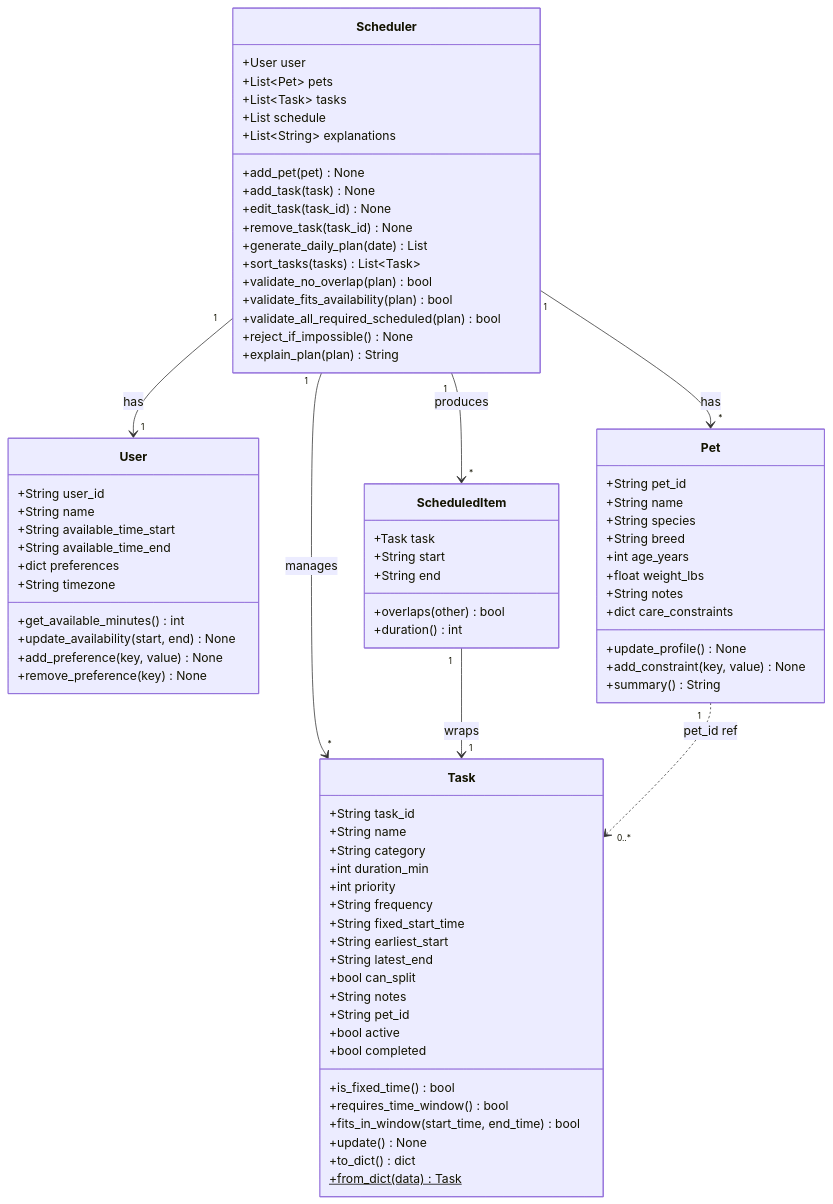
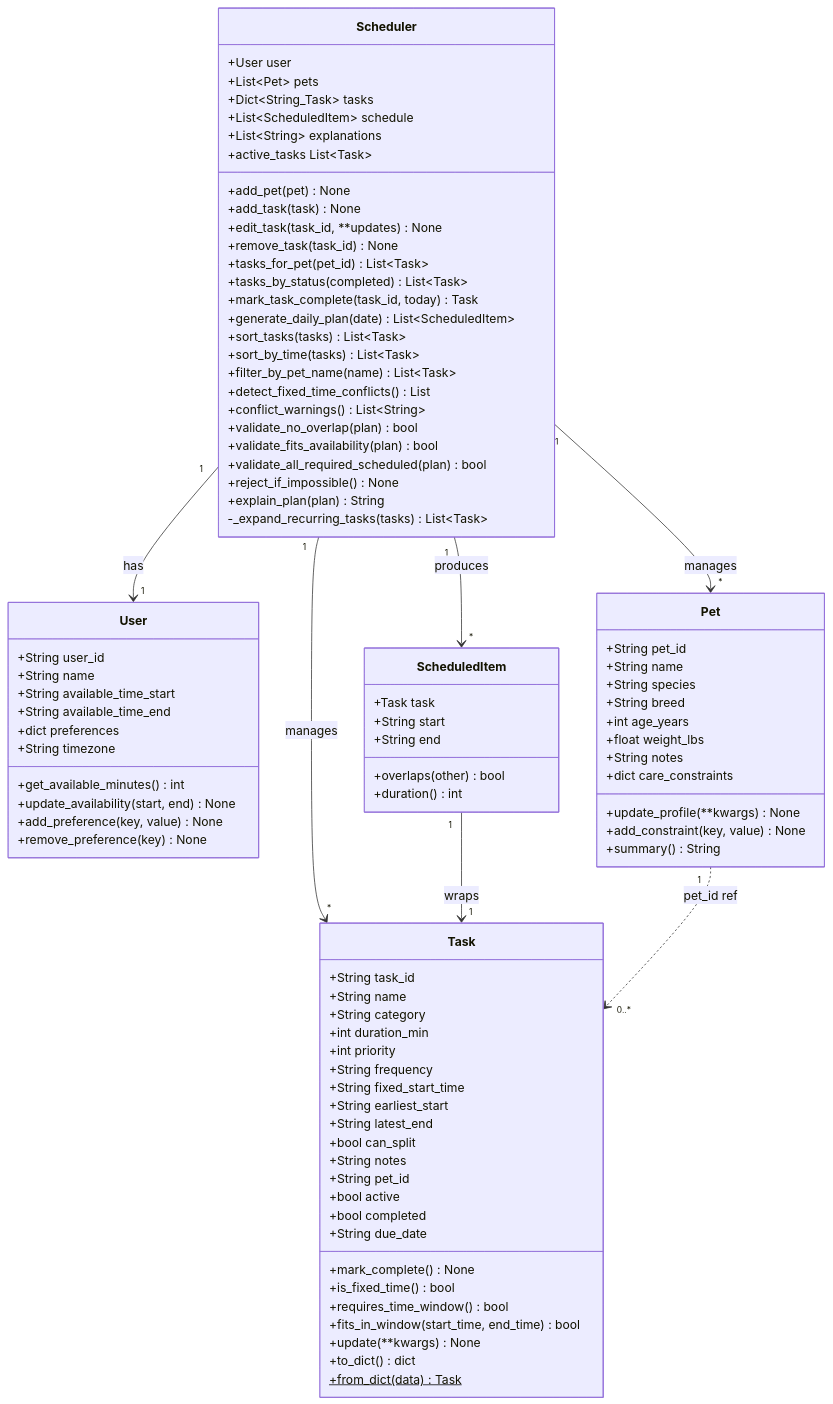
Before and after one commit to vanessah-26/ai-show-pawpal-starter: the diagram in diagrams/uml.mmd, drawn with Mermaid. The commit also changed 4 other files, not shown here.

```diff
--- a/diagrams/uml.mmd
+++ b/diagrams/uml.mmd
@@ -1,84 +1,95 @@
 classDiagram
     class User {
         +String user_id
         +String name
         +String available_time_start
         +String available_time_end
         +dict preferences
         +String timezone
         +get_available_minutes() int
         +update_availability(start, end) None
         +add_preference(key, value) None
         +remove_preference(key) None
     }
 
     class Pet {
         +String pet_id
         +String name
         +String species
         +String breed
         +int age_years
         +float weight_lbs
         +String notes
         +dict care_constraints
-        +update_profile() None
+        +update_profile(**kwargs) None
         +add_constraint(key, value) None
         +summary() String
     }
 
     class Task {
         +String task_id
         +String name
         +String category
         +int duration_min
         +int priority
         +String frequency
         +String fixed_start_time
         +String earliest_start
         +String latest_end
         +bool can_split
         +String notes
         +String pet_id
         +bool active
         +bool completed
+        +String due_date
+        +mark_complete() None
         +is_fixed_time() bool
         +requires_time_window() bool
         +fits_in_window(start_time, end_time) bool
-        +update() None
+        +update(**kwargs) None
         +to_dict() dict
         +from_dict(data)$ Task
-    }
-
-    class Scheduler {
-        +User user
-        +List~Pet~ pets
-        +List~Task~ tasks
-        +List schedule
-        +List~String~ explanations
-        +add_pet(pet) None
-        +add_task(task) None
-        +edit_task(task_id) None
-        +remove_task(task_id) None
-        +generate_daily_plan(date) List
-        +sort_tasks(tasks) List~Task~
-        +validate_no_overlap(plan) bool
-        +validate_fits_availability(plan) bool
-        +validate_all_required_scheduled(plan) bool
-        +reject_if_impossible() None
-        +explain_plan(plan) String
     }
 
     class ScheduledItem {
         +Task task
         +String start
         +String end
         +overlaps(other) bool
         +duration() int
     }
 
+    class Scheduler {
+        +User user
+        +List~Pet~ pets
+        +Dict~String_Task~ tasks
+        +List~ScheduledItem~ schedule
+        +List~String~ explanations
+        +active_tasks List~Task~
+        +add_pet(pet) None
+        +add_task(task) None
+        +edit_task(task_id, **updates) None
+        +remove_task(task_id) None
+        +tasks_for_pet(pet_id) List~Task~
+        +tasks_by_status(completed) List~Task~
+        +mark_task_complete(task_id, today) Task
+        +generate_daily_plan(date) List~ScheduledItem~
+        +sort_tasks(tasks) List~Task~
+        +sort_by_time(tasks) List~Task~
+        +filter_by_pet_name(name) List~Task~
+        +detect_fixed_time_conflicts() List
+        +conflict_warnings() List~String~
+        +validate_no_overlap(plan) bool
+        +validate_fits_availability(plan) bool
+        +validate_all_required_scheduled(plan) bool
+        +reject_if_impossible() None
+        +explain_plan(plan) String
+        -_expand_recurring_tasks(tasks) List~Task~
+    }
+
     Scheduler "1" --> "1" User : has
-    Scheduler "1" --> "*" Pet : has
+    Scheduler "1" --> "*" Pet : manages
     Scheduler "1" --> "*" Task : manages
     Scheduler "1" --> "*" ScheduledItem : produces
     ScheduledItem "1" --> "1" Task : wraps
     Pet "1" ..> "0..*" Task : pet_id ref
```
